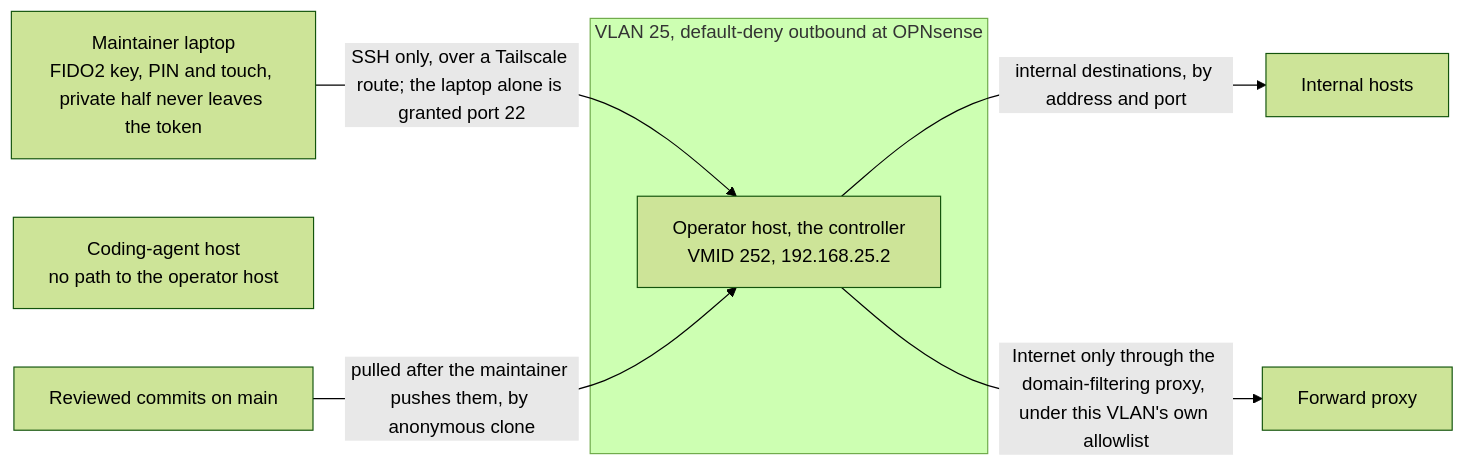
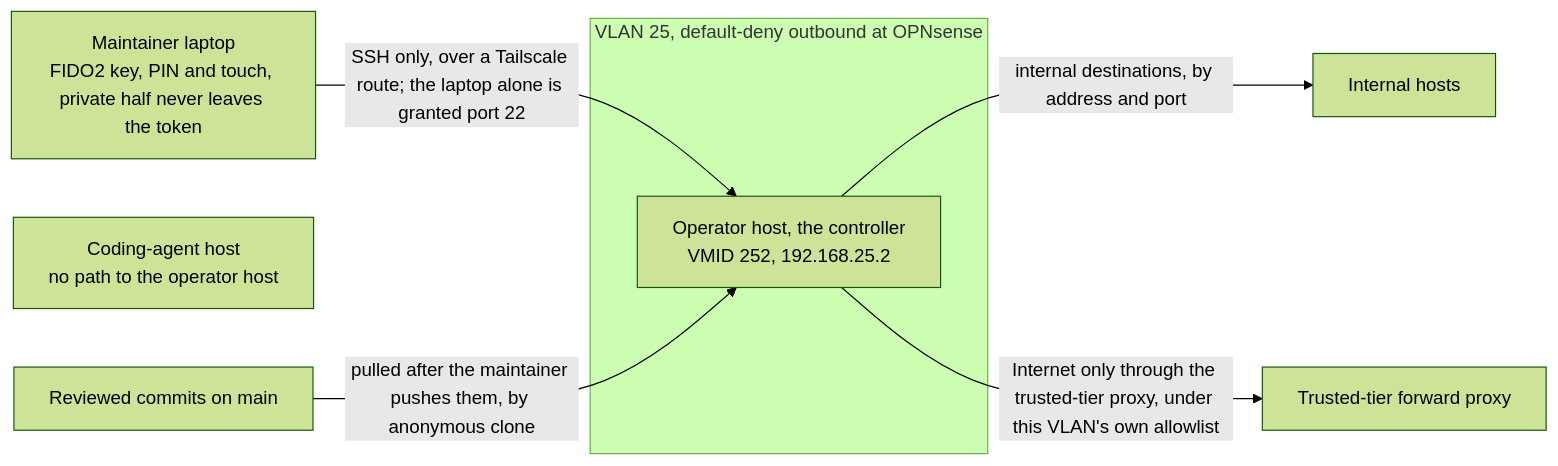
The diagram in docs/decisions/0058-where-operator-work-runs/revision-000.md (wenenhoe/homelab), drawn with Mermaid (forest theme) before and after one commit. The commit also changed other lines of this file and 2 other files, not shown here.

First line of the commit message:
docs(decisions): cite the egress proxy decision from the operator host and remote landing records

````diff
--- a/docs/decisions/0058-where-operator-work-runs/revision-000.md
+++ b/docs/decisions/0058-where-operator-work-runs/revision-000.md
@@ -43,11 +43,11 @@
 ```mermaid
 flowchart LR
     LAP["Maintainer laptop<br/>FIDO2 key, PIN and touch, private half never leaves the token"] -->|"SSH only, over a Tailscale route; the laptop alone is granted port 22"| OP
     CA["Coding-agent host<br/>no path to the operator host"]
     subgraph V25["VLAN 25, default-deny outbound at OPNsense"]
         OP["Operator host, the controller<br/>VMID 252, 192.168.25.2"]
     end
     OP -->|"internal destinations, by address and port"| INT["Internal hosts"]
-    OP -->|"Internet only through the domain-filtering proxy, under this VLAN's own allowlist"| PX["Forward proxy"]
+    OP -->|"Internet only through the trusted-tier proxy, under this VLAN's own allowlist"| PX["Trusted-tier forward proxy"]
     GH["Reviewed commits on main"] -->|"pulled after the maintainer pushes them, by anonymous clone"| OP
 ```
````
